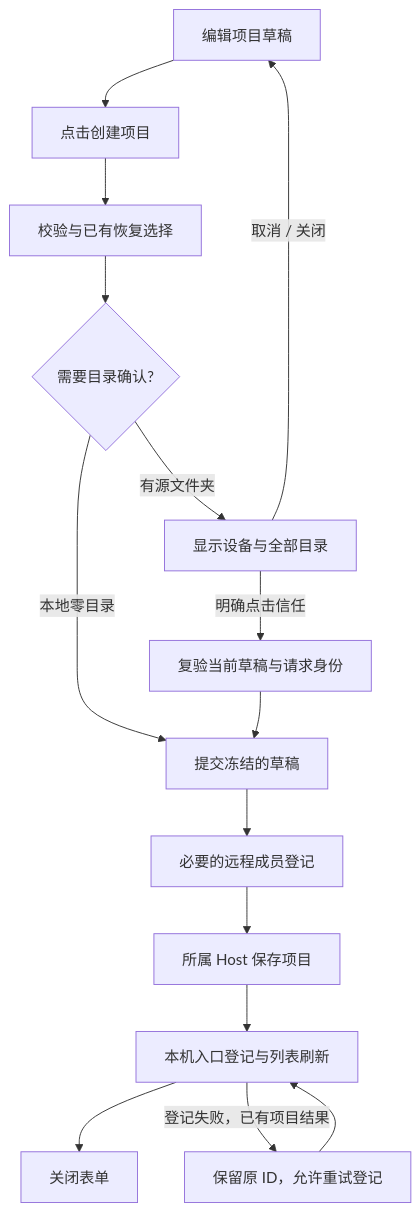
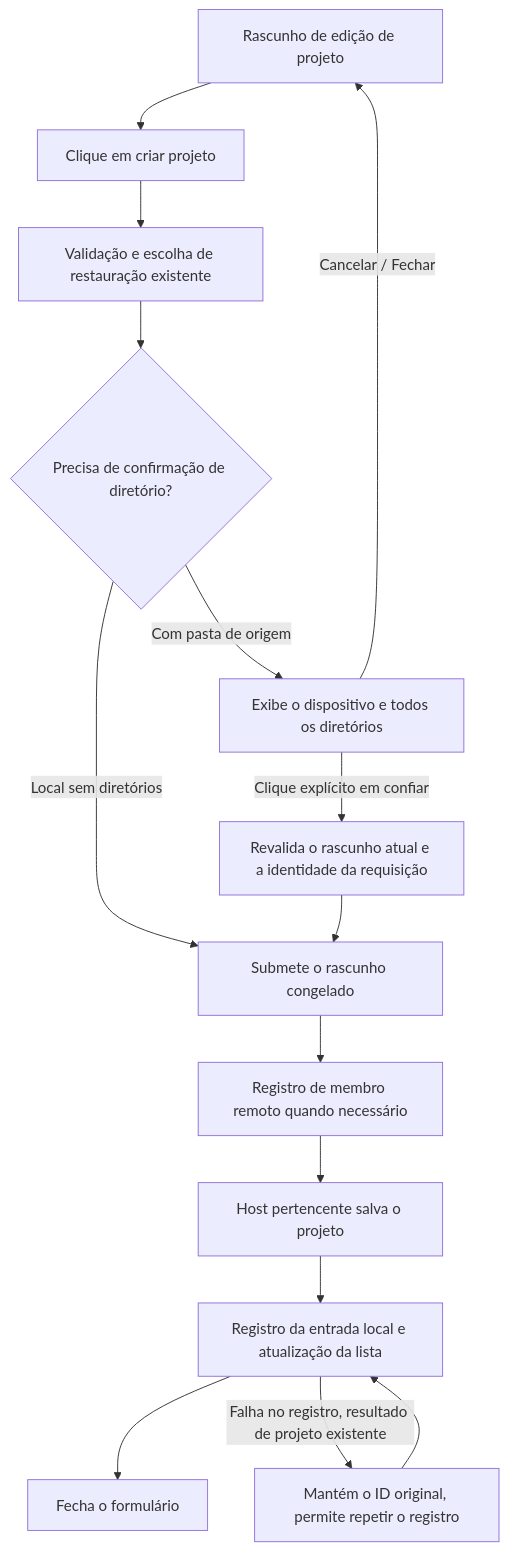
One commit to JoaoNetoDev/BR-Code changed the diagram in docs/specs/project-creation-folder-confirmation.md. Above: the diagram before and after it, drawn with Mermaid. The commit also changed other lines of this file and 177 other files, not shown here.

````diff
--- a/docs/specs/project-creation-folder-confirmation.md
+++ b/docs/specs/project-creation-folder-confirmation.md
@@ -39,17 +39,17 @@
 ```mermaid
 flowchart TD
-    A[编辑项目草稿] --> B[点击创建项目]
-    B --> C[校验与已有恢复选择]
-    C --> D{需要目录确认?}
-    D -->|有源文件夹| E[显示设备与全部目录]
-    D -->|本地零目录| G[提交冻结的草稿]
-    E -->|取消 / 关闭| A
-    E -->|明确点击信任| F[复验当前草稿与请求身份]
+    A[Rascunho de edição de projeto] --> B[Clique em criar projeto]
+    B --> C[Validação e escolha de restauração existente]
+    C --> D{Precisa de confirmação de diretório?}
+    D -->|Com pasta de origem| E[Exibe o dispositivo e todos os diretórios]
+    D -->|Local sem diretórios| G[Submete o rascunho congelado]
+    E -->|Cancelar / Fechar| A
+    E -->|Clique explícito em confiar| F[Revalida o rascunho atual e a identidade da requisição]
     F --> G
-    G --> H[必要的远程成员登记]
-    H --> I[所属 Host 保存项目]
-    I --> J[本机入口登记与列表刷新]
-    J --> K[关闭表单]
-    J -->|登记失败，已有项目结果| L[保留原 ID，允许重试登记]
+    G --> H[Registro de membro remoto quando necessário]
+    H --> I[Host pertencente salva o projeto]
+    I --> J[Registro da entrada local e atualização da lista]
+    J --> K[Fecha o formulário]
+    J -->|Falha no registro, resultado de projeto existente| L[Mantém o ID original, permite repetir o registro]
     L --> J
 ```
````
